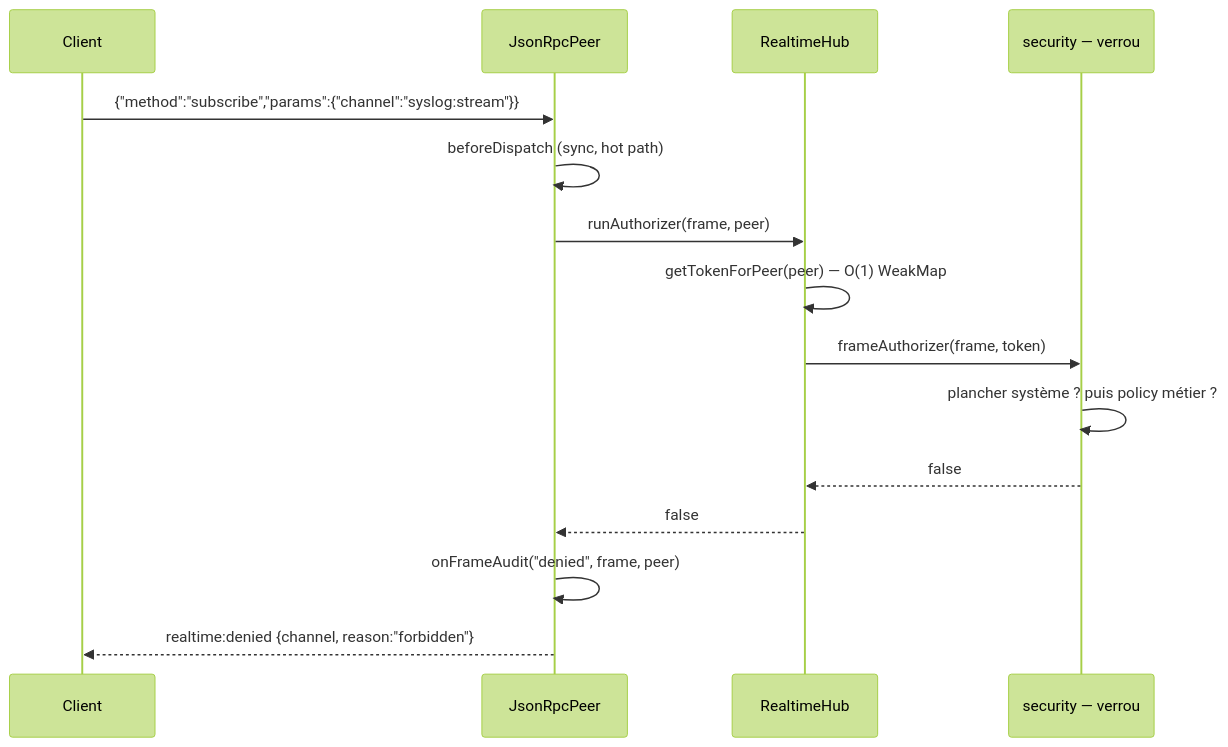
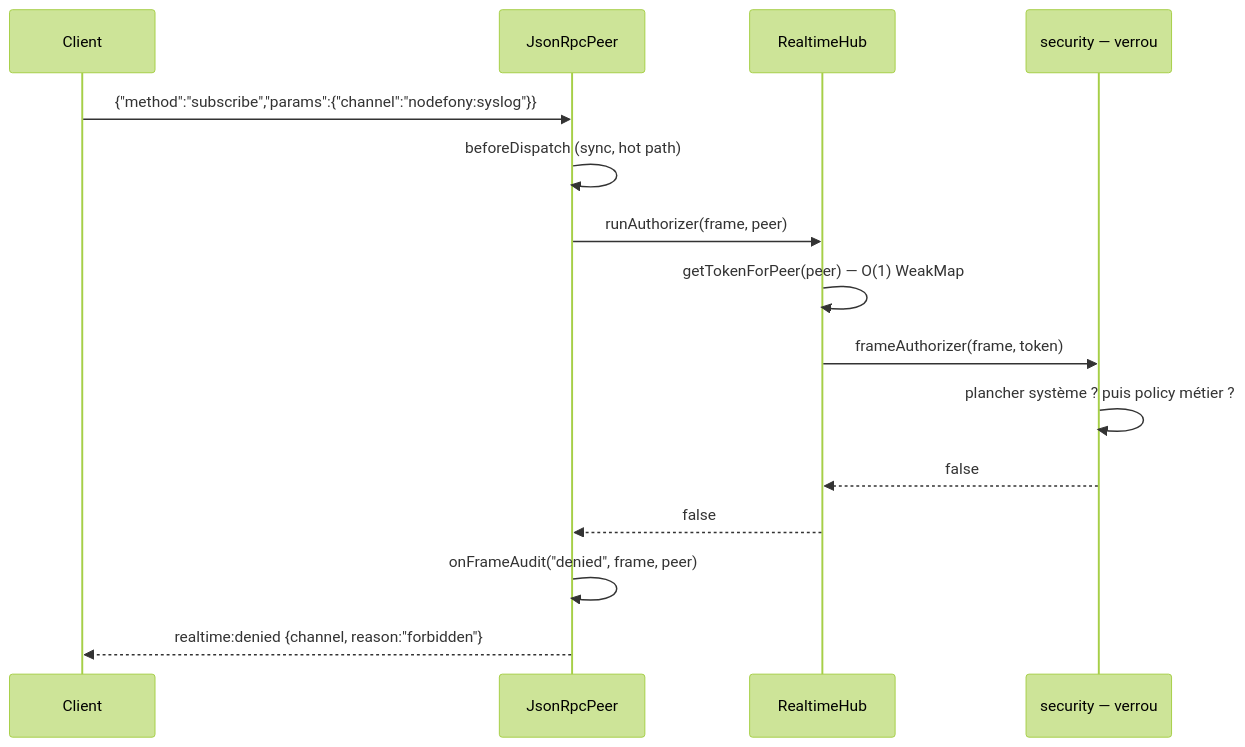
The second of 2 diagrams in src/packages/@nodefony/realtime/docs/securite.md (nodefony/nodefony-core), drawn with Mermaid (forest theme) before and after one commit. The commit also changed other lines of this file and 151 other files, not shown here.

````diff
--- a/src/packages/@nodefony/realtime/docs/securite.md
+++ b/src/packages/@nodefony/realtime/docs/securite.md
@@ -402,17 +405,17 @@
 ```mermaid
 sequenceDiagram
   participant C as Client
   participant P as JsonRpcPeer
   participant H as RealtimeHub
   participant S as security — verrou
-  C->>P: {"method":"subscribe","params":{"channel":"syslog:stream"}}
+  C->>P: {"method":"subscribe","params":{"channel":"nodefony:syslog"}}
   P->>P: beforeDispatch (sync, hot path)
   P->>H: runAuthorizer(frame, peer)
   H->>H: getTokenForPeer(peer) — O(1) WeakMap
   H->>S: frameAuthorizer(frame, token)
   S->>S: plancher système ? puis policy métier ?
   S-->>H: false
   H-->>P: false
   P->>P: onFrameAudit("denied", frame, peer)
   P-->>C: realtime:denied {channel, reason:"forbidden"}
 ```
````
